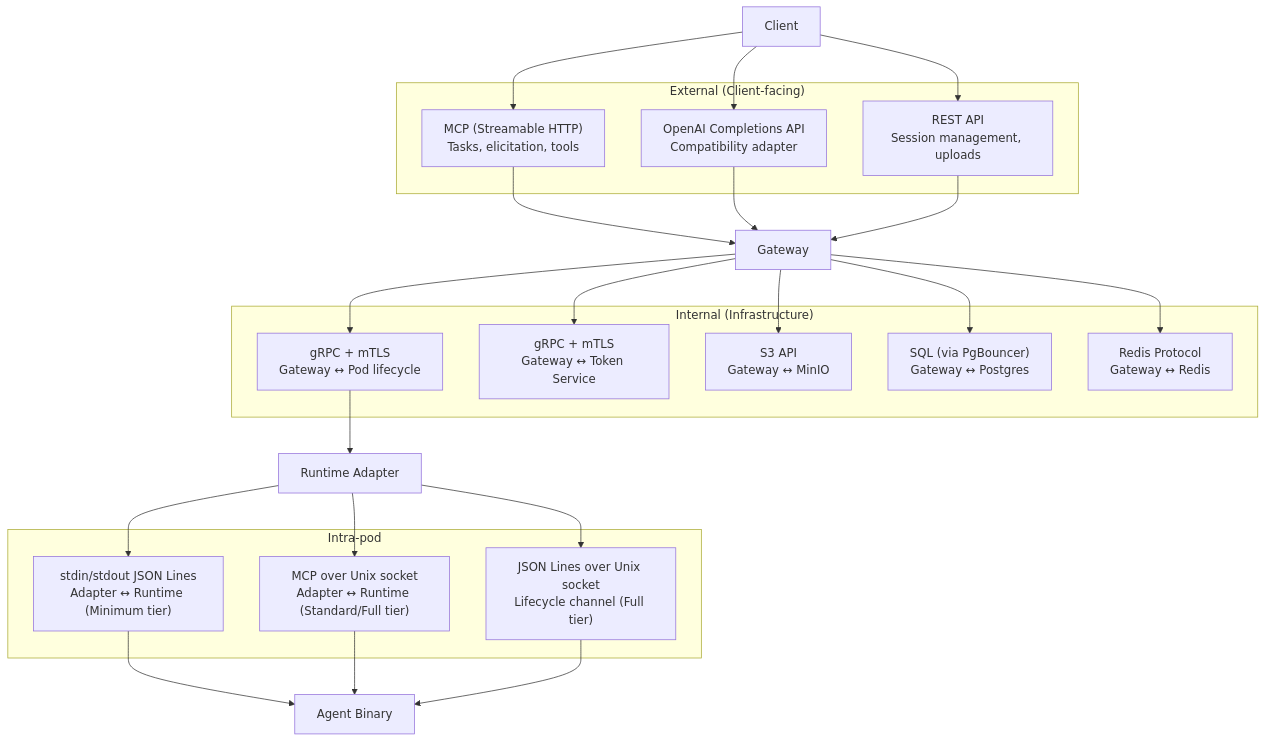
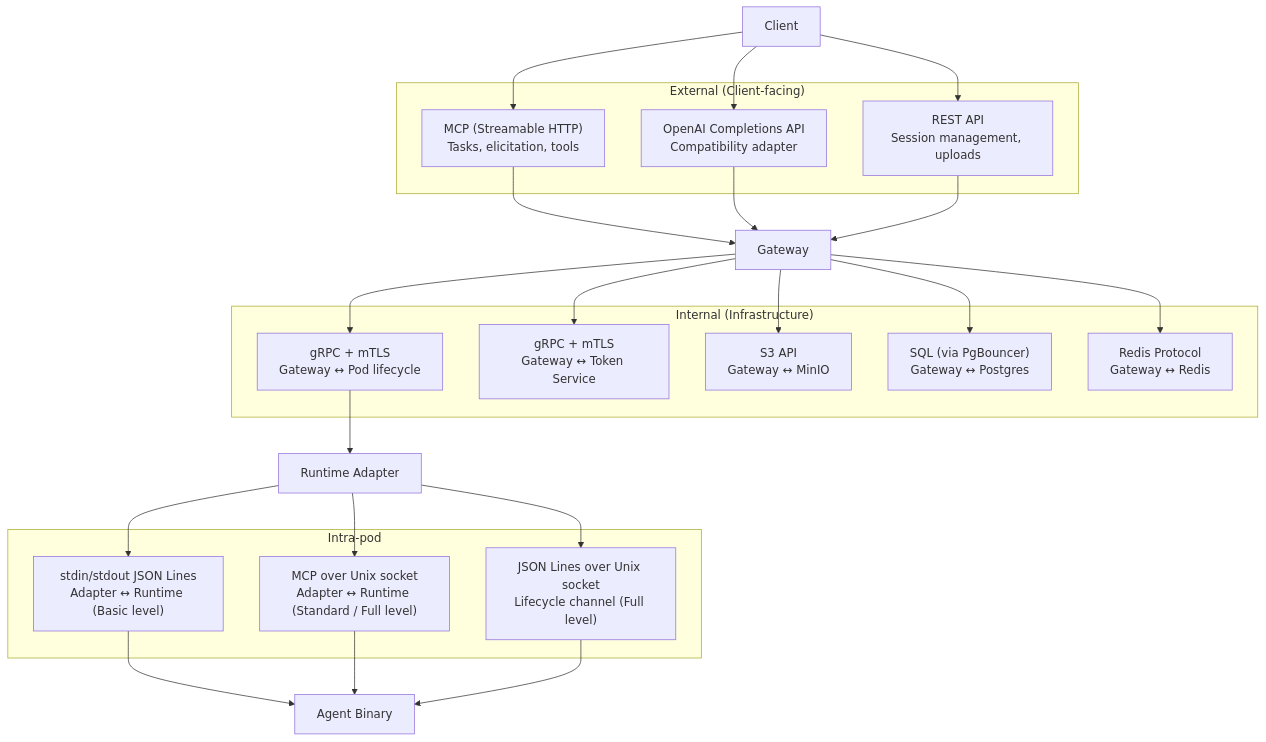
One commit to lennylabs/lenny changed the fourth of 5 diagrams in docs/getting-started/architecture.md. Above: the diagram before and after it, drawn with Mermaid. The commit also changed other lines of this file and 45 other files, not shown here.

````diff
--- a/docs/getting-started/architecture.md
+++ b/docs/getting-started/architecture.md
@@ -401,29 +408,29 @@
 ```mermaid
 graph TB
     subgraph "External (Client-facing)"
         EP1["MCP (Streamable HTTP)<br/>Tasks, elicitation, tools"]
         EP2["OpenAI Completions API<br/>Compatibility adapter"]
         EP3["REST API<br/>Session management, uploads"]
     end
 
     subgraph "Internal (Infrastructure)"
         IP1["gRPC + mTLS<br/>Gateway ↔ Pod lifecycle"]
         IP2["gRPC + mTLS<br/>Gateway ↔ Token Service"]
         IP3["S3 API<br/>Gateway ↔ MinIO"]
         IP4["SQL (via PgBouncer)<br/>Gateway ↔ Postgres"]
         IP5["Redis Protocol<br/>Gateway ↔ Redis"]
     end
 
     subgraph "Intra-pod"
-        IP6["stdin/stdout JSON Lines<br/>Adapter ↔ Runtime (Minimum tier)"]
-        IP7["MCP over Unix socket<br/>Adapter ↔ Runtime (Standard/Full tier)"]
-        IP8["JSON Lines over Unix socket<br/>Lifecycle channel (Full tier)"]
+        IP6["stdin/stdout JSON Lines<br/>Adapter ↔ Runtime (Basic level)"]
+        IP7["MCP over Unix socket<br/>Adapter ↔ Runtime (Standard / Full level)"]
+        IP8["JSON Lines over Unix socket<br/>Lifecycle channel (Full level)"]
     end
 
     C[Client] --> EP1 & EP2 & EP3
     EP1 & EP2 & EP3 --> GW3[Gateway]
     GW3 --> IP1 & IP2 & IP3 & IP4 & IP5
     IP1 --> Adapter[Runtime Adapter]
     Adapter --> IP6 & IP7 & IP8
     IP6 & IP7 & IP8 --> Runtime[Agent Binary]
 ```
````
